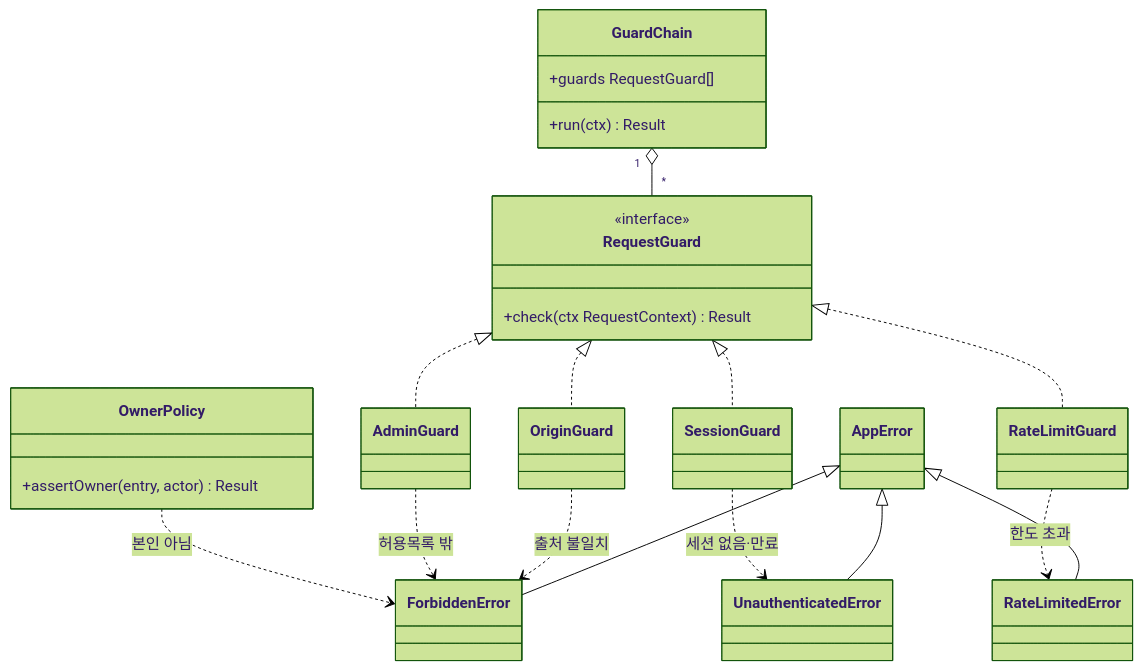
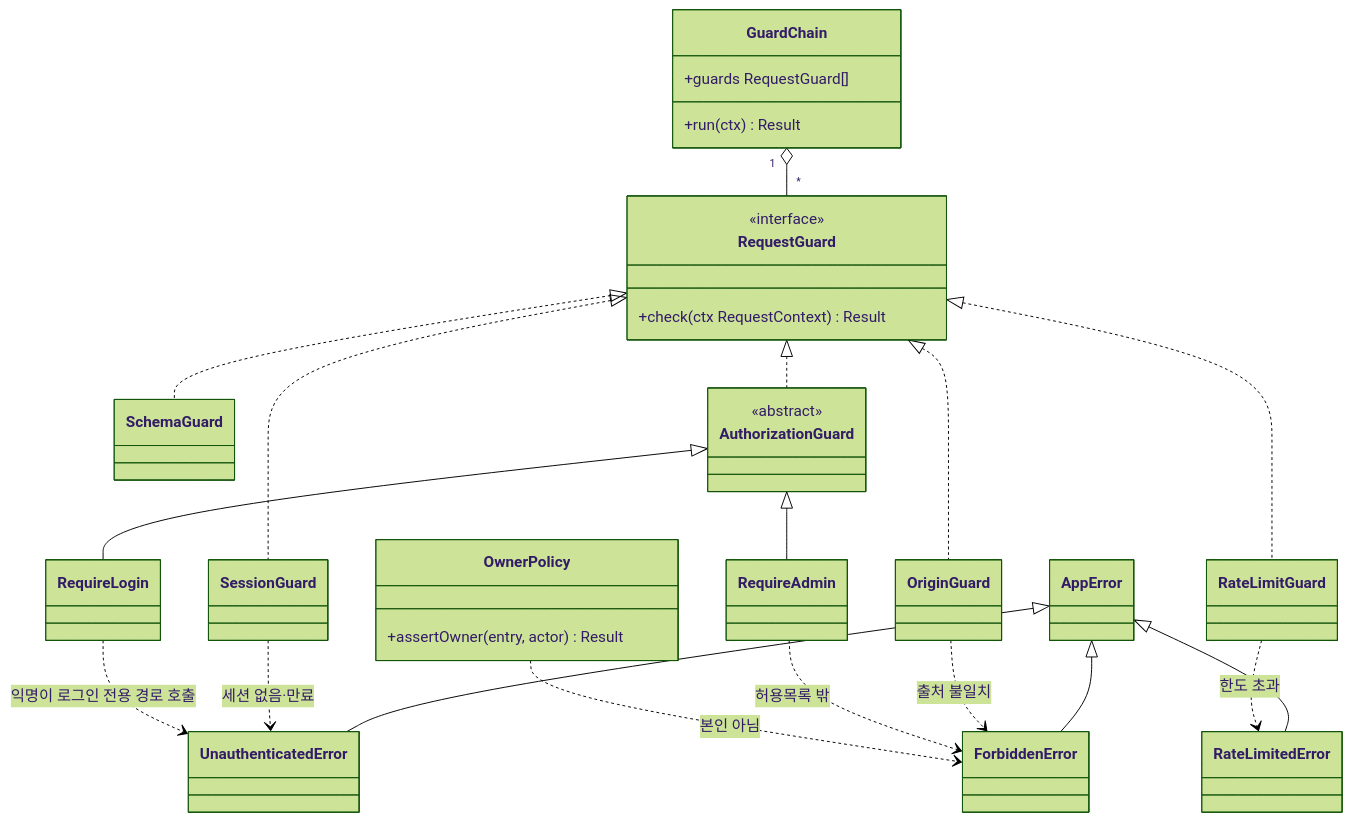
Before and after one commit to 1985jwlee/portpolio_backend: the third of 4 diagrams in docs/design/10-security.md, drawn with Mermaid (forest theme). The commit also changed other lines of this file and 33 other files, not shown here.

````diff
--- a/docs/design/10-security.md
+++ b/docs/design/10-security.md
@@ -131,37 +131,46 @@
 ```mermaid
 classDiagram
     class RequestGuard {
         <<interface>>
         +check(ctx RequestContext) Result
     }
     class GuardChain {
         +guards RequestGuard[]
         +run(ctx) Result
     }
     class OriginGuard
     class SessionGuard
     class RateLimitGuard
-    class AdminGuard
+    class SchemaGuard
+    class AuthorizationGuard {
+        <<abstract>>
+    }
+    class RequireLogin
+    class RequireAdmin
     class OwnerPolicy {
         +assertOwner(entry, actor) Result
     }
     RequestGuard <|.. OriginGuard
     RequestGuard <|.. SessionGuard
     RequestGuard <|.. RateLimitGuard
-    RequestGuard <|.. AdminGuard
+    RequestGuard <|.. SchemaGuard
+    RequestGuard <|.. AuthorizationGuard
+    AuthorizationGuard <|-- RequireLogin
+    AuthorizationGuard <|-- RequireAdmin
     GuardChain "1" o-- "*" RequestGuard
 
     class AppError
     class ForbiddenError
     class UnauthenticatedError
     class RateLimitedError
     AppError <|-- ForbiddenError
     AppError <|-- UnauthenticatedError
     AppError <|-- RateLimitedError
 
     OriginGuard ..> ForbiddenError : 출처 불일치
     SessionGuard ..> UnauthenticatedError : 세션 없음·만료
     RateLimitGuard ..> RateLimitedError : 한도 초과
-    AdminGuard ..> ForbiddenError : 허용목록 밖
+    RequireAdmin ..> ForbiddenError : 허용목록 밖
+    RequireLogin ..> UnauthenticatedError : 익명이 로그인 전용 경로 호출
     OwnerPolicy ..> ForbiddenError : 본인 아님
 ```
````
